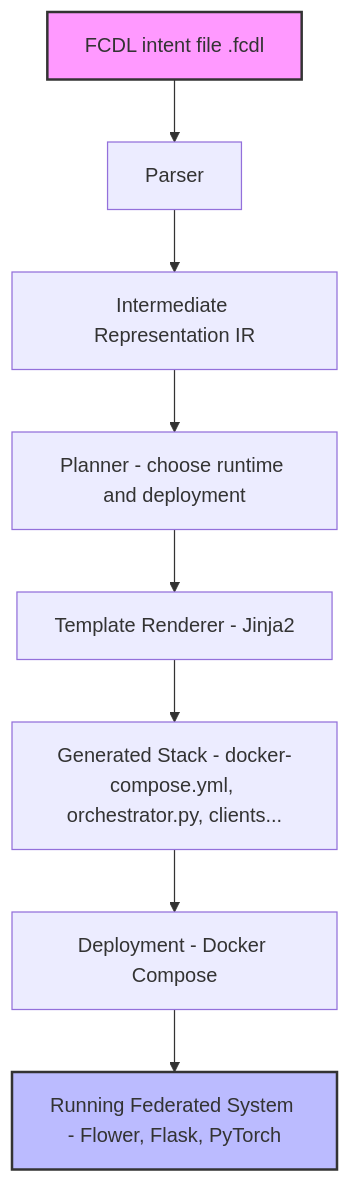
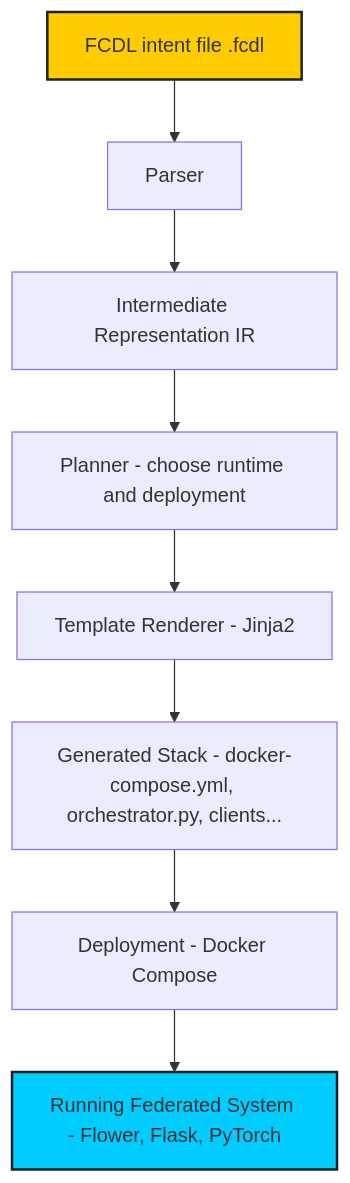
Before and after one commit to onzelf/FCDL: the diagram in README.md, drawn with Mermaid.

````diff
--- a/README.md
+++ b/README.md
@@ -26,13 +26,13 @@
 ```mermaid
  flowchart TD
     A[FCDL intent file .fcdl] --> B[Parser]
     B --> C[Intermediate Representation IR]
     C --> D[Planner - choose runtime and deployment]
     D --> E[Template Renderer - Jinja2]
     E --> F[Generated Stack - docker-compose.yml, orchestrator.py, clients...]
     F --> G[Deployment - Docker Compose]
     G --> H[Running Federated System - Flower, Flask, PyTorch]
   
-    style A fill:#f9f,stroke:#333,stroke-width:2px
-    style H fill:#bbf,stroke:#333,stroke-width:2px
+    style A fill:#ffcc00,stroke:#222,stroke-width:2px
+    style H fill:#00ccff,stroke:#222,stroke-width:2px
 ```
````
